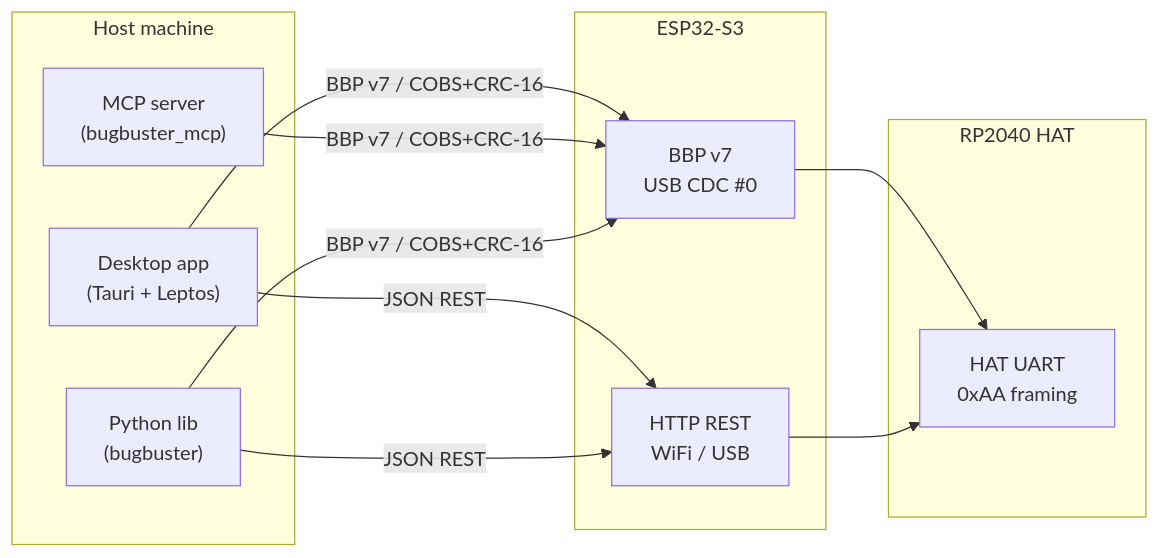
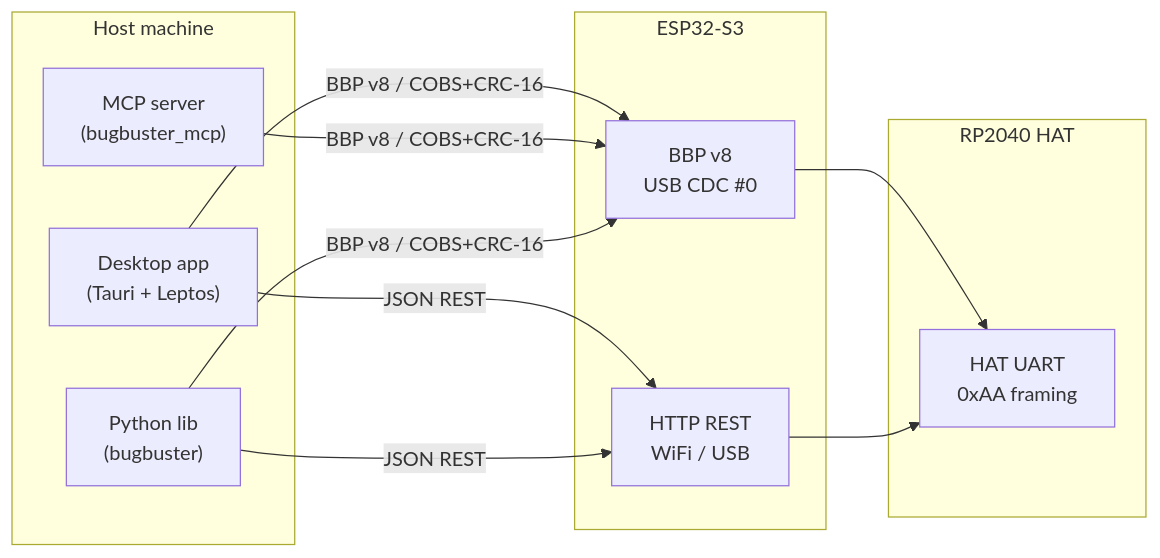
The second of 2 diagrams in README.md (lollokara/BugBuster), drawn with Mermaid before and after one commit. The commit also changed other lines of this file and 1 other file, not shown here.

First line of the commit message:
Update CHANGELOG and README for BBP v8

````diff
--- a/README.md
+++ b/README.md
@@ -142,27 +147,27 @@
 ```mermaid
 flowchart LR
   subgraph Host["Host machine"]
     Desktop["Desktop app\n(Tauri + Leptos)"]
     MCP["MCP server\n(bugbuster_mcp)"]
     PyLib["Python lib\n(bugbuster)"]
   end
 
   subgraph ESP["ESP32-S3"]
-    BBP["BBP v7\nUSB CDC #0"]
+    BBP["BBP v8\nUSB CDC #0"]
     HTTP["HTTP REST\nWiFi / USB"]
   end
 
   subgraph HAT["RP2040 HAT"]
     UART["HAT UART\n0xAA framing"]
   end
 
-  Desktop -->|"BBP v7 / COBS+CRC-16"| BBP
-  MCP     -->|"BBP v7 / COBS+CRC-16"| BBP
-  PyLib   -->|"BBP v7 / COBS+CRC-16"| BBP
+  Desktop -->|"BBP v8 / COBS+CRC-16"| BBP
+  MCP     -->|"BBP v8 / COBS+CRC-16"| BBP
+  PyLib   -->|"BBP v8 / COBS+CRC-16"| BBP
 
   Desktop -->|"JSON REST"| HTTP
   PyLib   -->|"JSON REST"| HTTP
 
   BBP  --> UART
   HTTP --> UART
 ```
````
